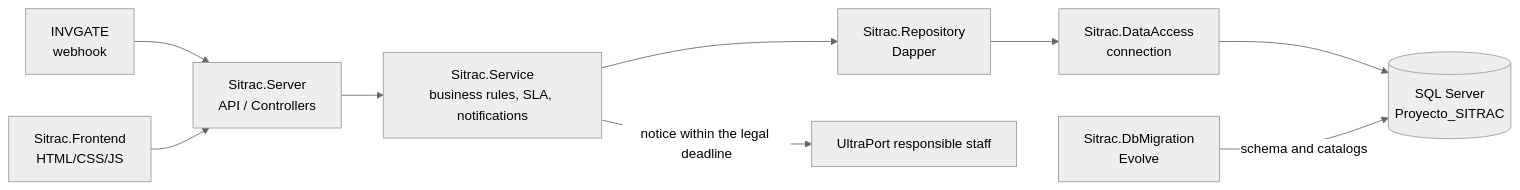
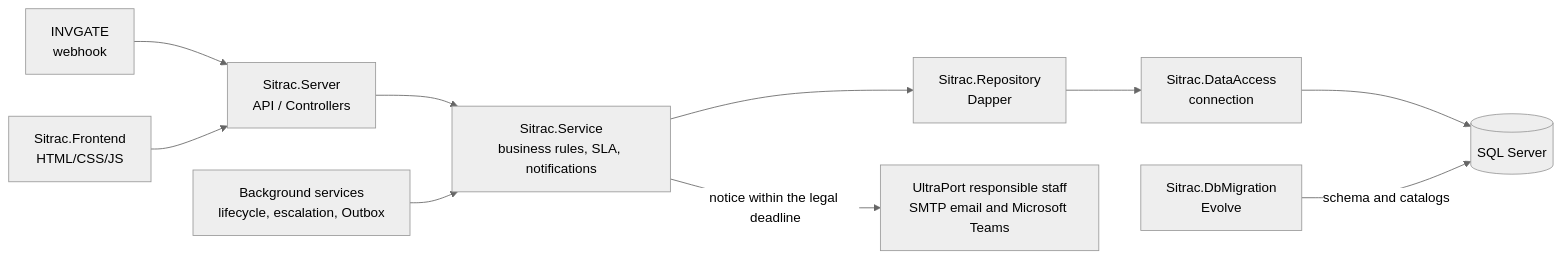
One commit to gasparin2702/Capstone-Soto-Ayala changed the diagram in README.en.md. Above: the diagram before and after it, drawn with Mermaid (neutral theme). The commit also changed other lines of this file and 1 other file, not shown here.

````diff
--- a/README.en.md
+++ b/README.en.md
@@ -104,11 +104,12 @@
 ```mermaid
 flowchart LR
     A[INVGATE<br/>webhook] --> B[Sitrac.Server<br/>API / Controllers]
+    H[Sitrac.Frontend<br/>HTML/CSS/JS] --> B
     B --> C[Sitrac.Service<br/>business rules, SLA, notifications]
+    BG[Background services<br/>lifecycle, escalation, Outbox] --> C
     C --> D[Sitrac.Repository<br/>Dapper]
     D --> E[Sitrac.DataAccess<br/>connection]
-    E --> F[(SQL Server<br/>Proyecto_SITRAC)]
+    E --> F[(SQL Server)]
     G[Sitrac.DbMigration<br/>Evolve] -->|schema and catalogs| F
-    H[Sitrac.Frontend<br/>HTML/CSS/JS] --> B
-    C -->|notice within the legal deadline| I[UltraPort responsible staff]
+    C -->|notice within the legal deadline| I[UltraPort responsible staff<br/>SMTP email and Microsoft Teams]
 ```
````
